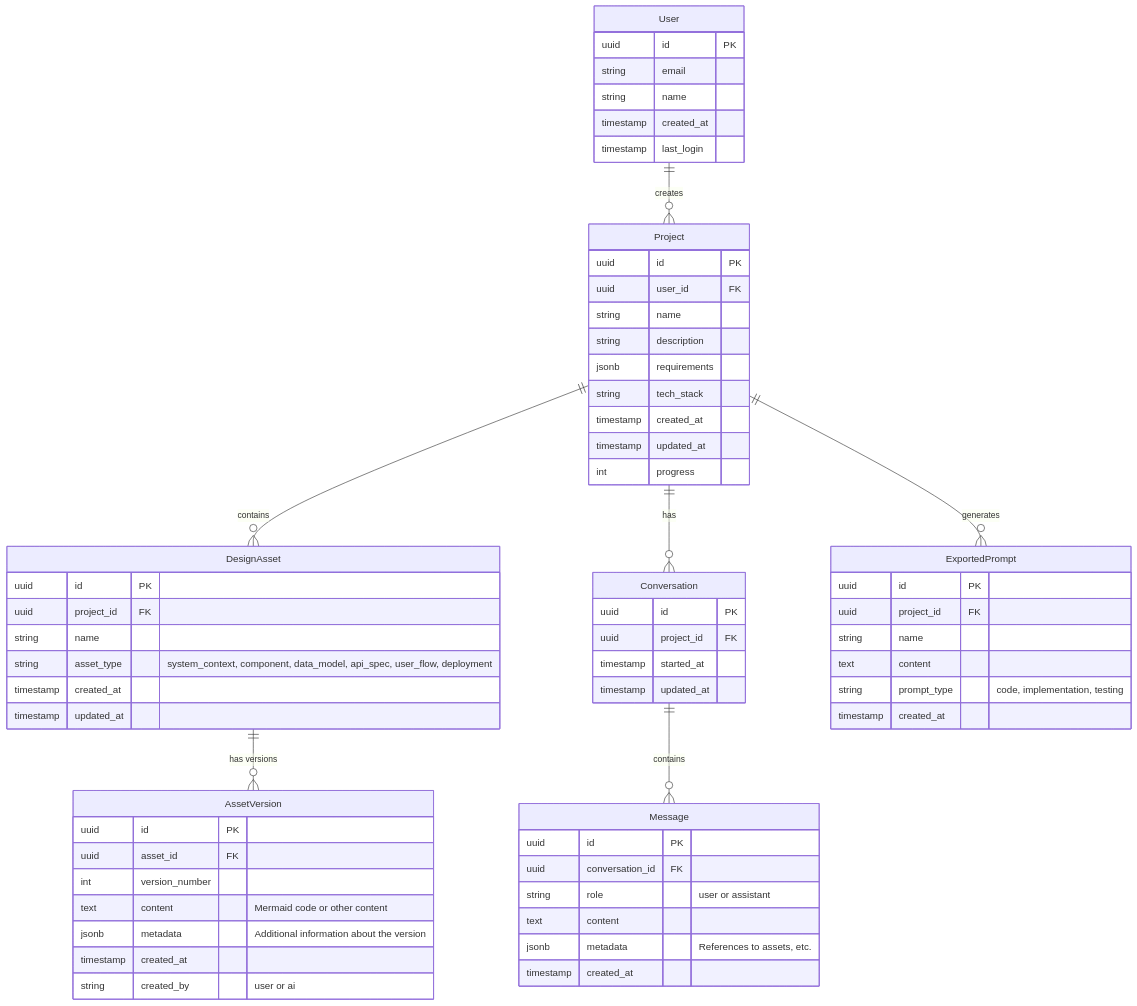
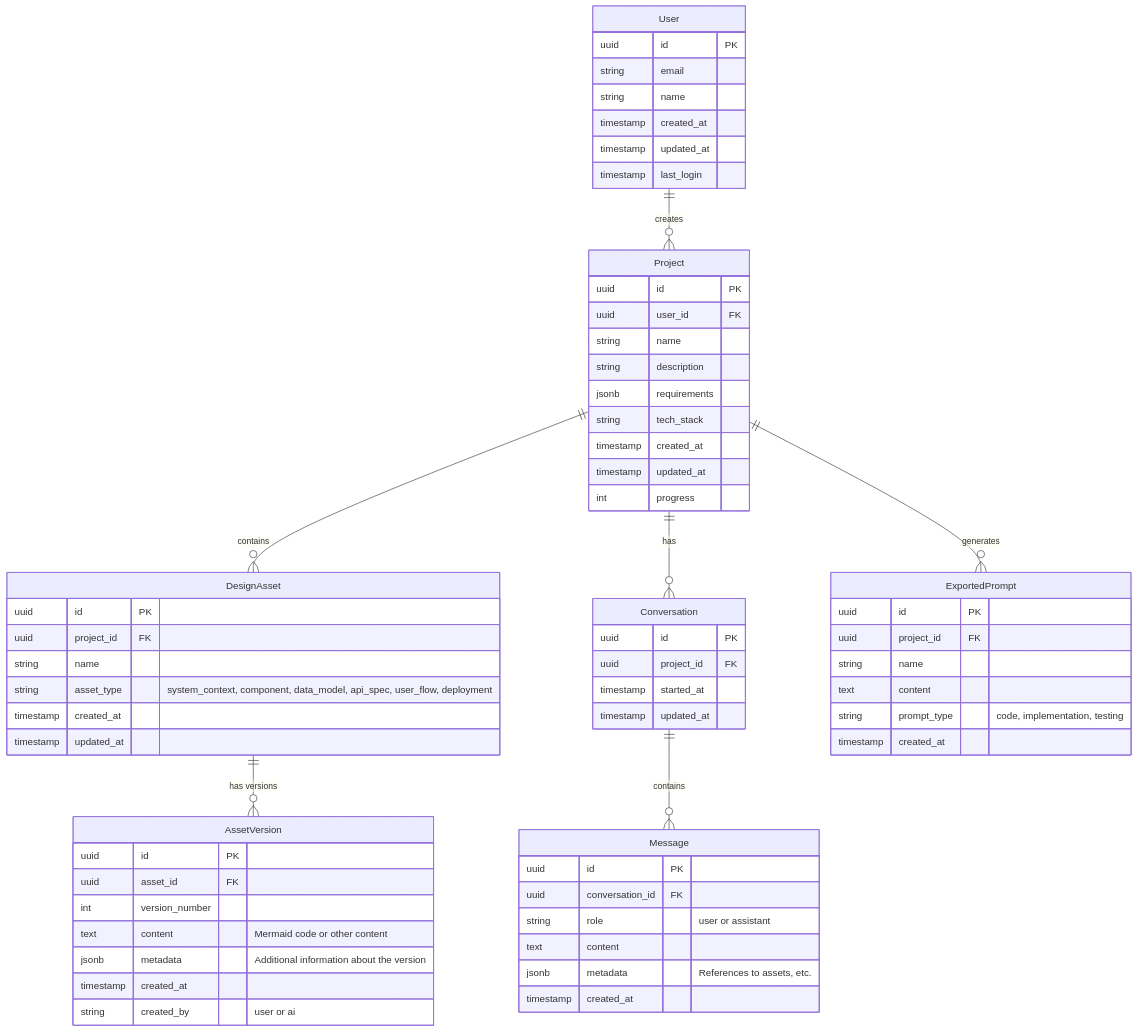
One commit to Sepzie/SystemsDesignerAI changed the diagram in _design_assets/database-schema.mermaid. Above: the diagram before and after it, drawn with Mermaid. The commit also changed 11 other files, not shown here.

```diff
--- a/_design_assets/database-schema.mermaid
+++ b/_design_assets/database-schema.mermaid
@@ -1,71 +1,72 @@
 erDiagram
     User ||--o{ Project : "creates"
     Project ||--o{ DesignAsset : "contains"
     Project ||--o{ Conversation : "has"
     Conversation ||--o{ Message : "contains"
     DesignAsset ||--o{ AssetVersion : "has versions"
     Project ||--o{ ExportedPrompt : "generates"
     
     User {
         uuid id PK
         string email
         string name
         timestamp created_at
+        timestamp updated_at
         timestamp last_login
     }
     
     Project {
         uuid id PK
         uuid user_id FK
         string name
         string description
         jsonb requirements
         string tech_stack
         timestamp created_at
         timestamp updated_at
         int progress
     }
     
     DesignAsset {
         uuid id PK
         uuid project_id FK
         string name
         string asset_type "system_context, component, data_model, api_spec, user_flow, deployment"
         timestamp created_at
         timestamp updated_at
     }
     
     AssetVersion {
         uuid id PK
         uuid asset_id FK
         int version_number
         text content "Mermaid code or other content"
         jsonb metadata "Additional information about the version"
         timestamp created_at
         string created_by "user or ai"
     }
     
     Conversation {
         uuid id PK
         uuid project_id FK
         timestamp started_at
         timestamp updated_at
     }
     
     Message {
         uuid id PK
         uuid conversation_id FK
         string role "user or assistant"
         text content
         jsonb metadata "References to assets, etc."
         timestamp created_at
     }
     
     ExportedPrompt {
         uuid id PK
         uuid project_id FK
         string name
         text content
         string prompt_type "code, implementation, testing"
         timestamp created_at
     }
```
